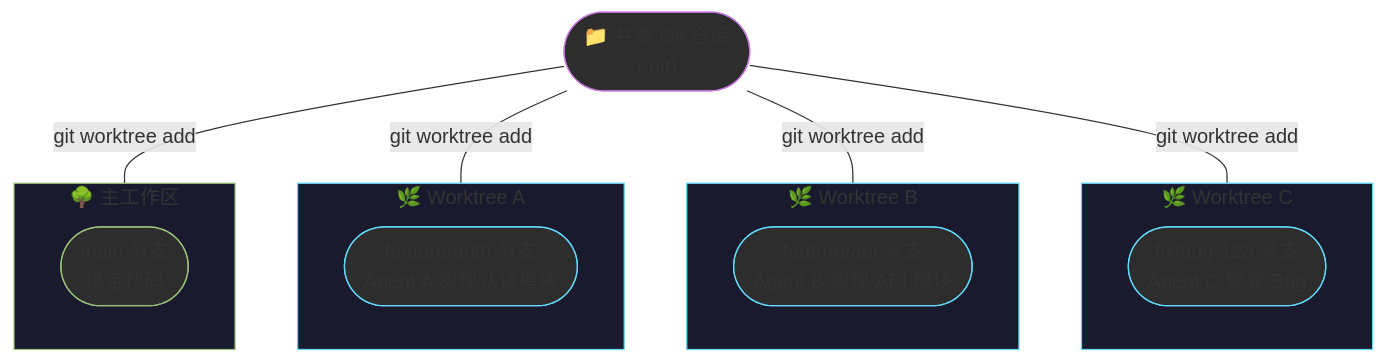
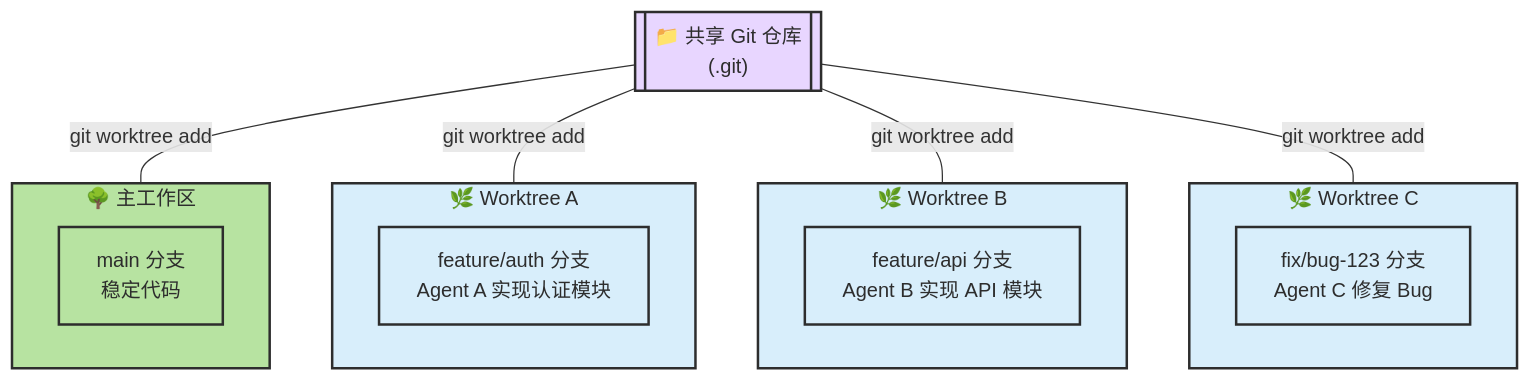
Before and after one commit to zht043/AgenticCodingTutorial: the sixth of 10 diagrams in docs/chapters/ch11-design-patterns.md, drawn with Mermaid. The commit also changed other lines of this file and 26 other files, not shown here.

````diff
--- a/docs/chapters/ch11-design-patterns.md
+++ b/docs/chapters/ch11-design-patterns.md
@@ -260,34 +270,34 @@
 ```mermaid
 flowchart TB
-    classDef main fill:#2d2d2d,stroke:#98c379
-    classDef wt fill:#2d2d2d,stroke:#61dafb
-    classDef repo fill:#2d2d2d,stroke:#c678dd
+    classDef main fill:#b7e3a1,stroke:#2d2d2d,stroke-width:2px,color:#2d2d2d
+    classDef wt fill:#d8eefb,stroke:#2d2d2d,stroke-width:2px,color:#2d2d2d
+    classDef repo fill:#e8d6ff,stroke:#2d2d2d,stroke-width:2px,color:#2d2d2d
 
-    Repo(["📁 共享 Git 仓库<br/>(.git)"]):::repo
+    Repo[["📁 共享 Git 仓库<br/>(.git)"]]:::repo
 
     subgraph MainTree["🌳 主工作区"]
-        M1(["main 分支<br/>稳定代码"]):::main
+        M1["main 分支<br/>稳定代码"]:::main
     end
 
     subgraph WT1["🌿 Worktree A"]
-        A1(["feature/auth 分支<br/>Agent A 实现认证模块"]):::wt
+        A1["feature/auth 分支<br/>Agent A 实现认证模块"]:::wt
     end
 
     subgraph WT2["🌿 Worktree B"]
-        B1(["feature/api 分支<br/>Agent B 实现 API 模块"]):::wt
+        B1["feature/api 分支<br/>Agent B 实现 API 模块"]:::wt
     end
 
     subgraph WT3["🌿 Worktree C"]
-        C1(["fix/bug-123 分支<br/>Agent C 修复 Bug"]):::wt
+        C1["fix/bug-123 分支<br/>Agent C 修复 Bug"]:::wt
     end
 
     Repo ---|"git worktree add"| MainTree
     Repo ---|"git worktree add"| WT1
     Repo ---|"git worktree add"| WT2
     Repo ---|"git worktree add"| WT3
 
-    style MainTree fill:#1a1a2e,stroke:#98c379
-    style WT1 fill:#1a1a2e,stroke:#61dafb
-    style WT2 fill:#1a1a2e,stroke:#61dafb
-    style WT3 fill:#1a1a2e,stroke:#61dafb
+    style MainTree fill:#b7e3a1,stroke:#2d2d2d,stroke-width:2px,color:#2d2d2d
+    style WT1 fill:#d8eefb,stroke:#2d2d2d,stroke-width:2px,color:#2d2d2d
+    style WT2 fill:#d8eefb,stroke:#2d2d2d,stroke-width:2px,color:#2d2d2d
+    style WT3 fill:#d8eefb,stroke:#2d2d2d,stroke-width:2px,color:#2d2d2d
 ```
````
